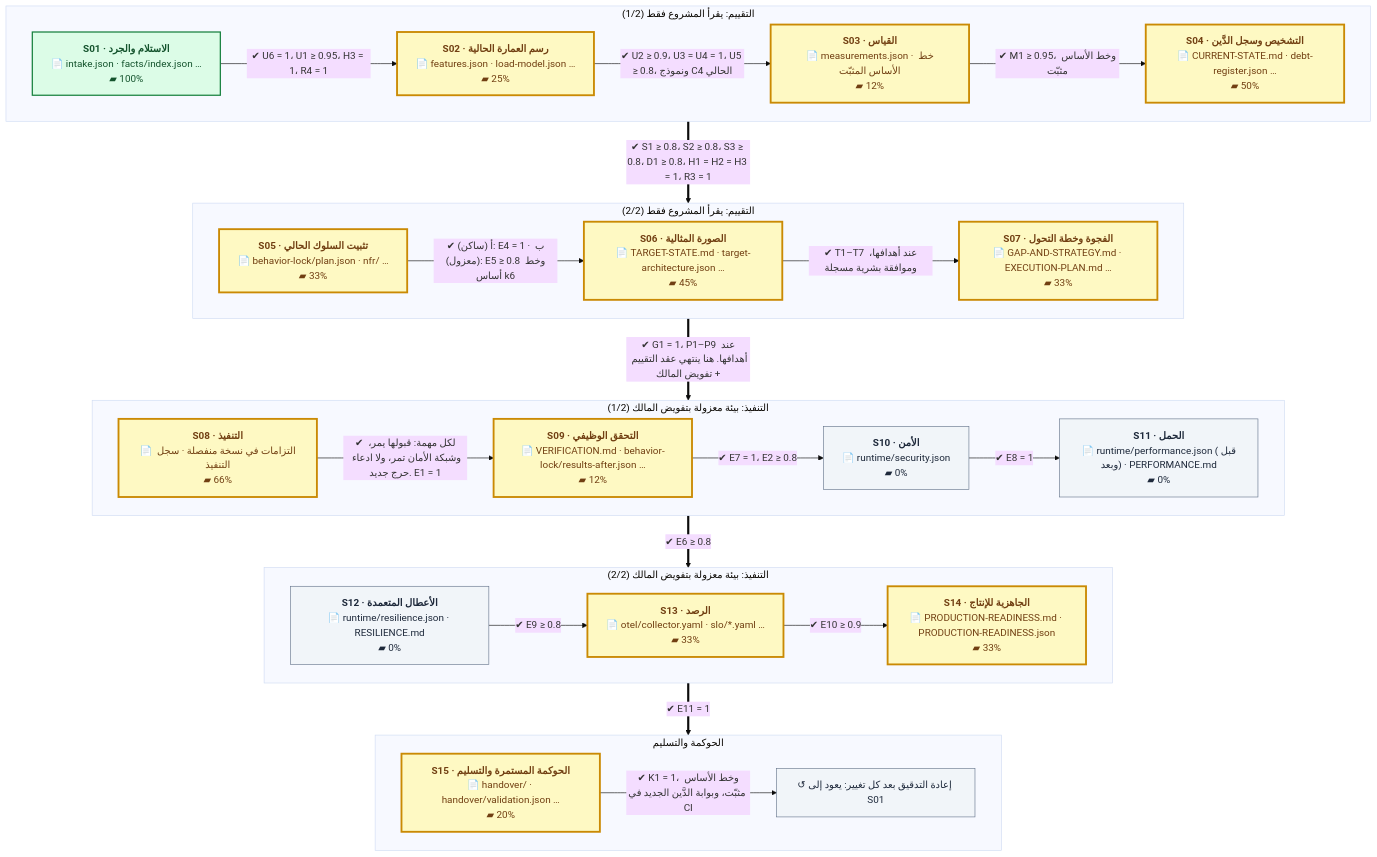
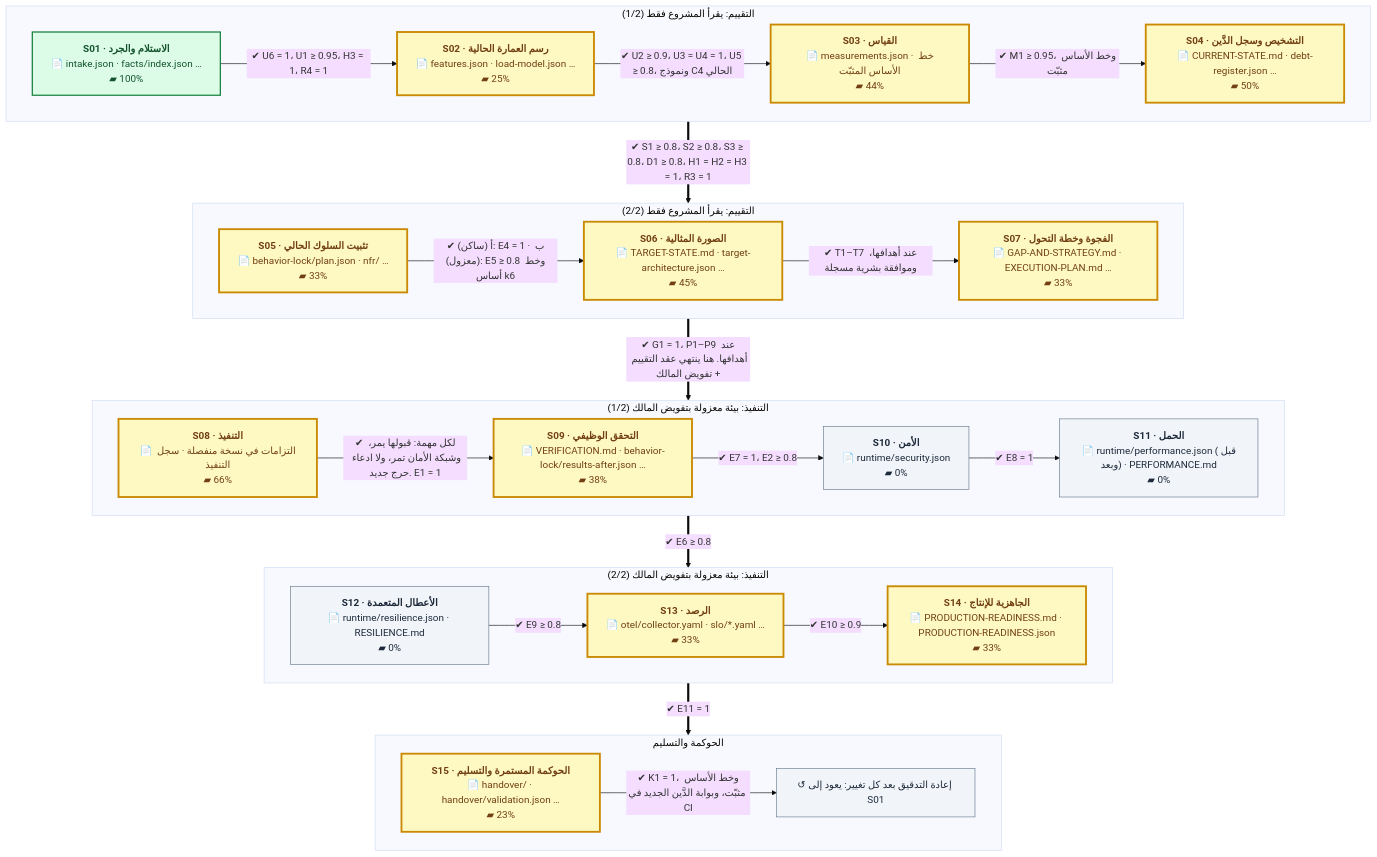
One commit to eom1417/engineering-audit-os changed the first of 2 diagrams in README.md. Above: the diagram before and after it, drawn with Mermaid (base theme). The commit also changed other lines of this file and 4 other files, not shown here.

````diff
--- a/README.md
+++ b/README.md
@@ -52,54 +52,54 @@
 ```mermaid
 %%{init: {'flowchart': {'wrappingWidth': 260, 'nodeSpacing': 40, 'rankSpacing': 60}}}%%
 flowchart TB
     subgraph P1["التقييم: يقرأ المشروع فقط (1/2)"]
         direction LR
         S01["<b>S01 · الاستلام والجرد</b><br/>📄 intake.json · facts/index.json …<br/>▰ 100%"]:::done
         S02["<b>S02 · رسم العمارة الحالية</b><br/>📄 features.json · load-model.json …<br/>▰ 25%"]:::current
-        S03["<b>S03 · القياس</b><br/>📄 measurements.json · خط الأساس المثبّت<br/>▰ 12%"]:::current
+        S03["<b>S03 · القياس</b><br/>📄 measurements.json · خط الأساس المثبّت<br/>▰ 44%"]:::current
         S04["<b>S04 · التشخيص وسجل الدَّين</b><br/>📄 CURRENT-STATE.md · debt-register.json …<br/>▰ 50%"]:::current
         S01 -->|"✔ U6 = 1، U1 ≥ 0.95، H3 = 1، R4 = 1"| S02
         S02 -->|"✔ U2 ≥ 0.9، U3 = U4 = 1، U5 ≥ 0.8، ونموذج C4 الحالي"| S03
         S03 -->|"✔ M1 ≥ 0.95، وخط الأساس مثبّت"| S04
     end
     subgraph P2["التقييم: يقرأ المشروع فقط (2/2)"]
         direction LR
         S05["<b>S05 · تثبيت السلوك الحالي</b><br/>📄 behavior-lock/plan.json · nfr/ …<br/>▰ 33%"]:::current
         S06["<b>S06 · الصورة المثالية</b><br/>📄 TARGET-STATE.md · target-architecture.json …<br/>▰ 45%"]:::current
         S07["<b>S07 · الفجوة وخطة التحول</b><br/>📄 GAP-AND-STRATEGY.md · EXECUTION-PLAN.md …<br/>▰ 33%"]:::current
         S05 -->|"✔ أ (ساكن): E4 = 1 · ب (معزول): E5 ≥ 0.8 وخط أساس k6"| S06
         S06 -->|"✔ T1–T7 عند أهدافها، وموافقة بشرية مسجلة"| S07
     end
     subgraph P3["التنفيذ: بيئة معزولة بتفويض المالك (1/2)"]
         direction LR
         S08["<b>S08 · التنفيذ</b><br/>📄 التزامات في نسخة منفصلة · سجل التنفيذ<br/>▰ 66%"]:::current
-        S09["<b>S09 · التحقق الوظيفي</b><br/>📄 VERIFICATION.md · behavior-lock/results-after.json …<br/>▰ 12%"]:::current
+        S09["<b>S09 · التحقق الوظيفي</b><br/>📄 VERIFICATION.md · behavior-lock/results-after.json …<br/>▰ 38%"]:::current
         S10["<b>S10 · الأمن</b><br/>📄 runtime/security.json<br/>▰ 0%"]:::next
         S11["<b>S11 · الحمل</b><br/>📄 runtime/performance.json (قبل وبعد) · PERFORMANCE.md<br/>▰ 0%"]:::next
         S08 -->|"✔ لكل مهمة: قبولها يمر، وشبكة الأمان تمر، ولا ادعاء حرج جديد. E1 = 1"| S09
         S09 -->|"✔ E7 = 1، E2 ≥ 0.8"| S10
         S10 -->|"✔ E8 = 1"| S11
     end
     subgraph P4["التنفيذ: بيئة معزولة بتفويض المالك (2/2)"]
         direction LR
         S12["<b>S12 · الأعطال المتعمدة</b><br/>📄 runtime/resilience.json · RESILIENCE.md<br/>▰ 0%"]:::next
         S13["<b>S13 · الرصد</b><br/>📄 otel/collector.yaml · slo/*.yaml …<br/>▰ 33%"]:::current
         S14["<b>S14 · الجاهزية للإنتاج</b><br/>📄 PRODUCTION-READINESS.md · PRODUCTION-READINESS.json<br/>▰ 33%"]:::current
         S12 -->|"✔ E9 ≥ 0.8"| S13
         S13 -->|"✔ E10 ≥ 0.9"| S14
     end
     subgraph P5["الحوكمة والتسليم"]
         direction LR
-        S15["<b>S15 · الحوكمة المستمرة والتسليم</b><br/>📄 handover/ · handover/validation.json …<br/>▰ 20%"]:::current
+        S15["<b>S15 · الحوكمة المستمرة والتسليم</b><br/>📄 handover/ · handover/validation.json …<br/>▰ 23%"]:::current
         LOOP["↺ إعادة التدقيق بعد كل تغيير: يعود إلى S01"]:::next
         S15 -->|"✔ K1 = 1، وخط الأساس مثبّت، وبوابة الدَّين الجديد في CI"| LOOP
     end
     P1 ==>|"✔ S1 ≥ 0.8، S2 ≥ 0.8، S3 ≥ 0.8، D1 ≥ 0.8، H1 = H2 = H3 = 1، R3 = 1"| P2
     P2 ==>|"✔ G1 = 1، P1–P9 عند أهدافها. هنا ينتهي عقد التقييم + تفويض المالك"| P3
     P3 ==>|"✔ E6 ≥ 0.8"| P4
     P4 ==>|"✔ E11 = 1"| P5
     classDef done fill:#dcfce7,stroke:#15803d,color:#14532d,stroke-width:2px
     classDef current fill:#fef9c3,stroke:#ca8a04,color:#713f12,stroke-width:3px
     classDef next fill:#f1f5f9,stroke:#64748b,color:#1e293b
     classDef owner fill:#fee2e2,stroke:#b91c1c,color:#7f1d1d,stroke-dasharray:5 3
 ```
````
